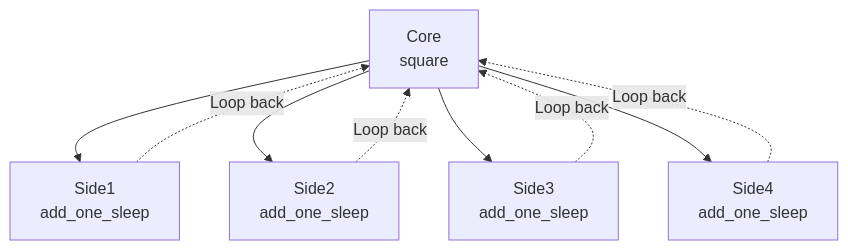
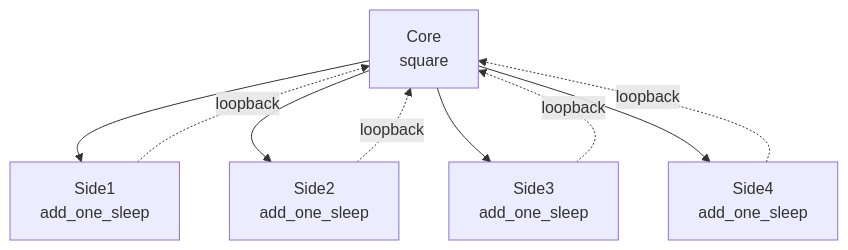
The eighth of 11 diagrams in docs/en/demo/demo_structure.md (Mr-xiaotian/CelestialFlow), drawn with Mermaid before and after one commit. The commit also changed other lines of this file and 278 other files, not shown here.

````diff
--- a/docs/en/demo/demo_structure.md
+++ b/docs/en/demo/demo_structure.md
@@ -169,11 +169,11 @@
 ```mermaid
 flowchart TD
     Core["Core<br/>square"] --> Side1["Side1<br/>add_one_sleep"]
     Core --> Side2["Side2<br/>add_one_sleep"]
     Core --> Side3["Side3<br/>add_one_sleep"]
     Core --> Side4["Side4<br/>add_one_sleep"]
-    Side1 -.->|Loop back| Core
-    Side2 -.->|Loop back| Core
-    Side3 -.->|Loop back| Core
-    Side4 -.->|Loop back| Core
+    Side1 -.->|loopback| Core
+    Side2 -.->|loopback| Core
+    Side3 -.->|loopback| Core
+    Side4 -.->|loopback| Core
 ```
````
